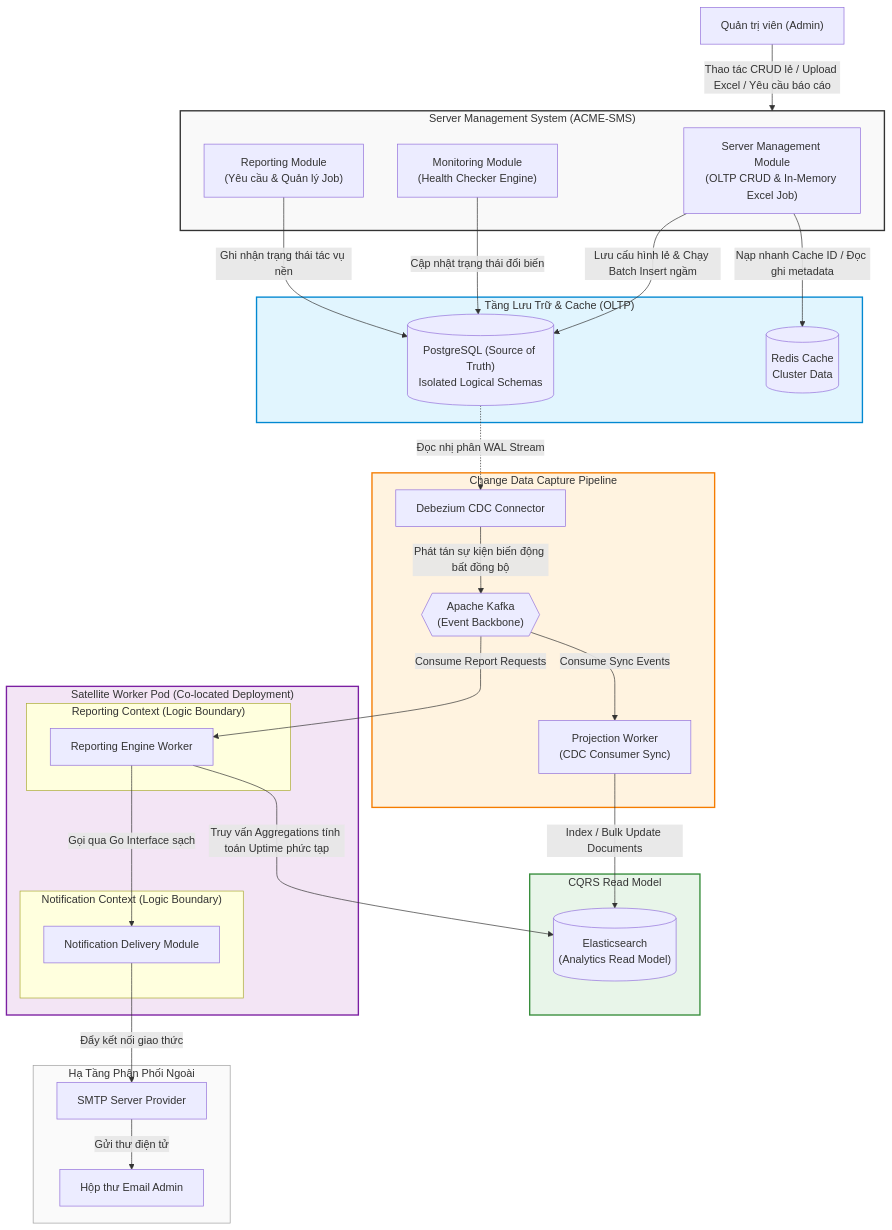
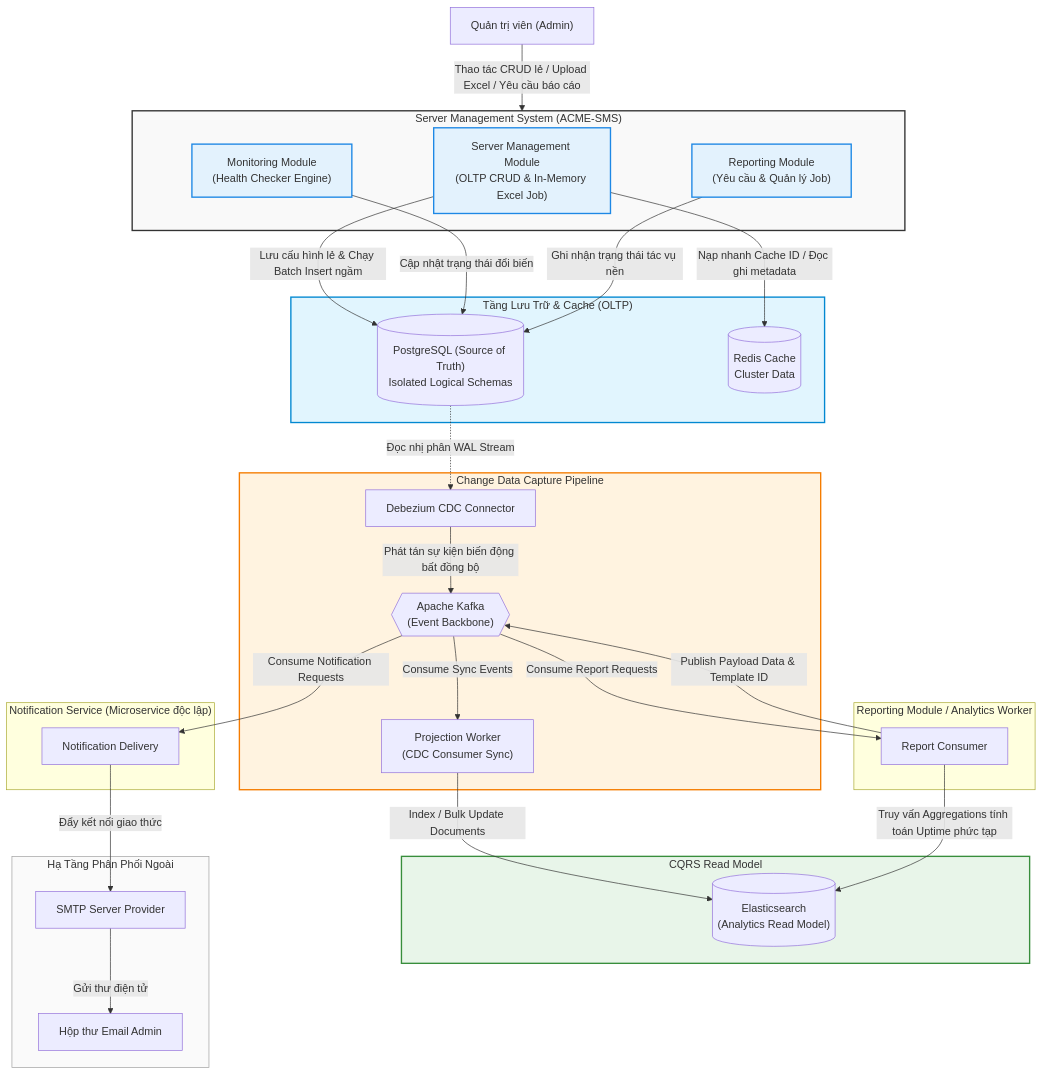
Before and after one commit to dinhdat07/server-management-service: the first of 5 diagrams in docs/architecture.md, drawn with Mermaid. The commit also changed other lines of this file and 1 other file, not shown here.

Commit message:
docs: update architecture and request context ADR documentation for server-management-service

````diff
--- a/docs/architecture.md
+++ b/docs/architecture.md
@@ -79,69 +79,70 @@
 ```mermaid
 graph TD
     %% Nodes Definition
     Admin["Quản trị viên (Admin)"]
     
     subgraph Monolith ["Server Management System (ACME-SMS)"]
         SMM["Server Management Module<br>(OLTP CRUD & In-Memory Excel Job)"]
         MM["Monitoring Module<br>(Health Checker Engine)"]
         RM["Reporting Module<br>(Yêu cầu & Quản lý Job)"]
     end
     
     subgraph Storage ["Tầng Lưu Trữ & Cache (OLTP)"]
         PG[("PostgreSQL (Source of Truth)<br>Isolated Logical Schemas")]
         Redis[("Redis Cache<br>Cluster Data")]
     end
     
     subgraph CDC ["Change Data Capture Pipeline"]
         Debezium["Debezium CDC Connector"]
         Kafka{{"Apache Kafka<br>(Event Backbone)"}}
         Worker["Projection Worker<br>(CDC Consumer Sync)"]
     end
     
     subgraph ReadModel ["CQRS Read Model"]
         ES[("Elasticsearch<br>(Analytics Read Model)")]
     end
     
-    subgraph Satellite_Pod ["Satellite Worker Pod (Co-located Deployment)"]
-        subgraph RE_Logic ["Reporting Context (Logic Boundary)"]
-            RE["Reporting Engine Worker"]
-        end
-        subgraph NS_Logic ["Notification Context (Logic Boundary)"]
-            Noti["Notification Delivery Module"]
-        end
+    subgraph S_Module ["Reporting Module / Analytics Worker"]
+        RE["Report Consumer"]
+    end
+    
+    subgraph NS_Module ["Notification Service (Microservice độc lập)"]
+        Noti["Notification Delivery"]
     end
     
     subgraph External ["Hạ Tầng Phân Phối Ngoài"]
         SMTP["SMTP Server Provider"]
         Email["Hộp thư Email Admin"]
     end
 
     %% Connections
     Admin -->|Thao tác CRUD lẻ / Upload Excel / Yêu cầu báo cáo| Monolith
     SMM -->|Lưu cấu hình lẻ & Chạy Batch Insert ngầm| PG
     SMM -->|Nạp nhanh Cache ID / Đọc ghi metadata| Redis
     
     MM -->|Cập nhật trạng thái đổi biến| PG
     RM -->|Ghi nhận trạng thái tác vụ nền| PG
     
     PG -.->|Đọc nhị phân WAL Stream| Debezium
     Debezium -->|Phát tán sự kiện biến động bất đồng bộ| Kafka
     
     Kafka -->|Consume Sync Events| Worker
     Worker -->|Index / Bulk Update Documents| ES
     
     Kafka -->|Consume Report Requests| RE
     RE -->|Truy vấn Aggregations tính toán Uptime phức tạp| ES
-    RE -->|Gọi qua Go Interface sạch| Noti
+    RE -->|Publish Payload Data & Template ID| Kafka
+    Kafka -->|Consume Notification Requests| Noti
     
     Noti -->|Đẩy kết nối giao thức| SMTP
     SMTP -->|Gửi thư điện tử| Email
 
     %% Styling
+    classDef domain fill:#e3f2fd,stroke:#1e88e5,stroke-width:2px;
+    class SMM,MM,RM domain;
     style Monolith fill:#f9f9f9,stroke:#333,stroke-width:2px;
     style Storage fill:#e1f5fe,stroke:#0288d1,stroke-width:2px;
     style CDC fill:#fff3e0,stroke:#f57c00,stroke-width:2px;
     style ReadModel fill:#e8f5e9,stroke:#388e3c,stroke-width:2px;
-    style Satellite_Pod fill:#f3e5f5,stroke:#7b1fa2,stroke-width:2px;
     style External fill:#fafafa,stroke:#9e9e9e,stroke-width:1px;
 ```
````
